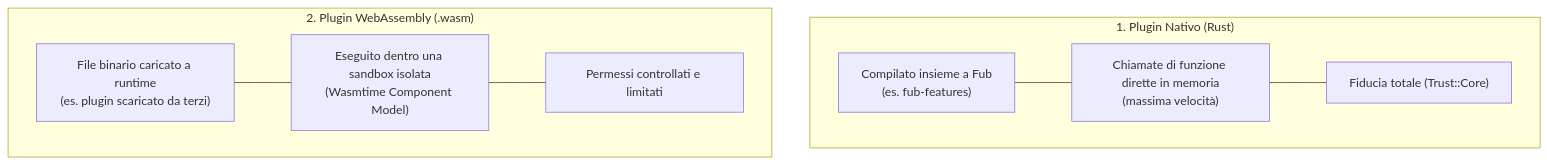
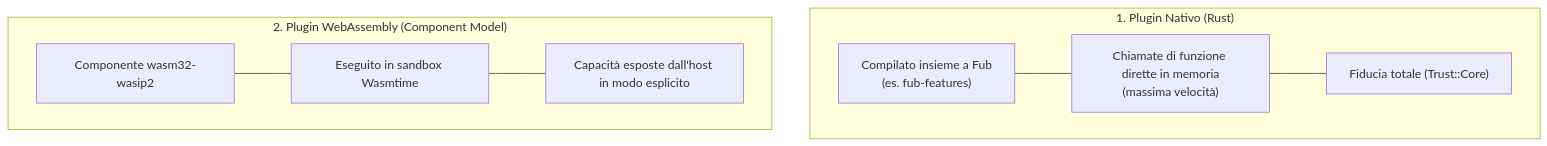
The diagram in docs/04-plugin/01-nativo-vs-wasm.md (Fubeo/Fub), drawn with Mermaid before and after one commit. The commit also changed other lines of this file and 8 other files, not shown here.

````diff
--- a/docs/04-plugin/01-nativo-vs-wasm.md
+++ b/docs/04-plugin/01-nativo-vs-wasm.md
@@ -7,16 +17,16 @@
 ```mermaid
 flowchart TB
     subgraph Nativo ["1. Plugin Nativo (Rust)"]
         A["Compilato insieme a Fub<br>(es. fub-features)"]
         B["Chiamate di funzione dirette in memoria<br>(massima velocità)"]
         C["Fiducia totale (Trust::Core)"]
         A --- B --- C
     end
 
-    subgraph WASM ["2. Plugin WebAssembly (.wasm)"]
-        D["File binario caricato a runtime<br>(es. plugin scaricato da terzi)"]
-        E["Eseguito dentro una sandbox isolata<br>(Wasmtime Component Model)"]
-        F["Permessi controllati e limitati"]
+    subgraph WASM ["2. Plugin WebAssembly (Component Model)"]
+        D["Componente wasm32-wasip2"]
+        E["Eseguito in sandbox Wasmtime"]
+        F["Capacità esposte dall'host in modo esplicito"]
         D --- E --- F
     end
 ```
````
